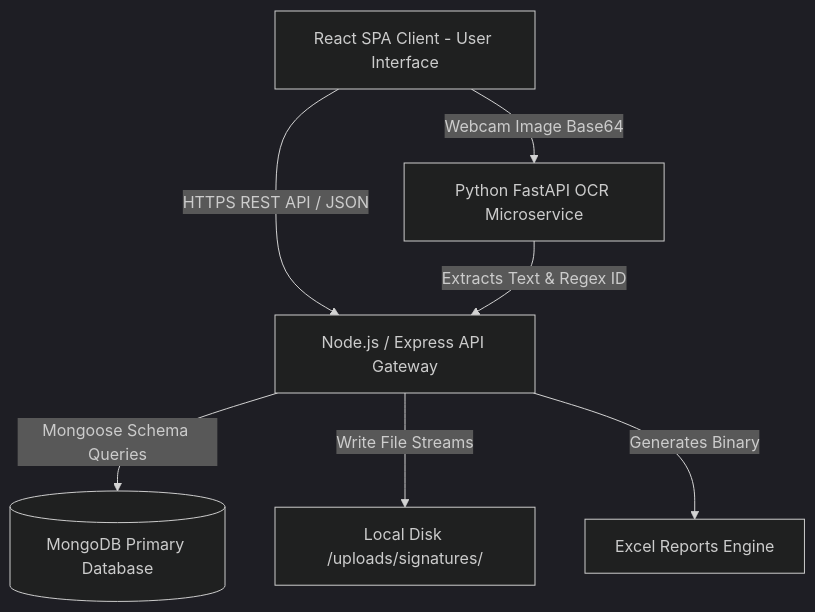
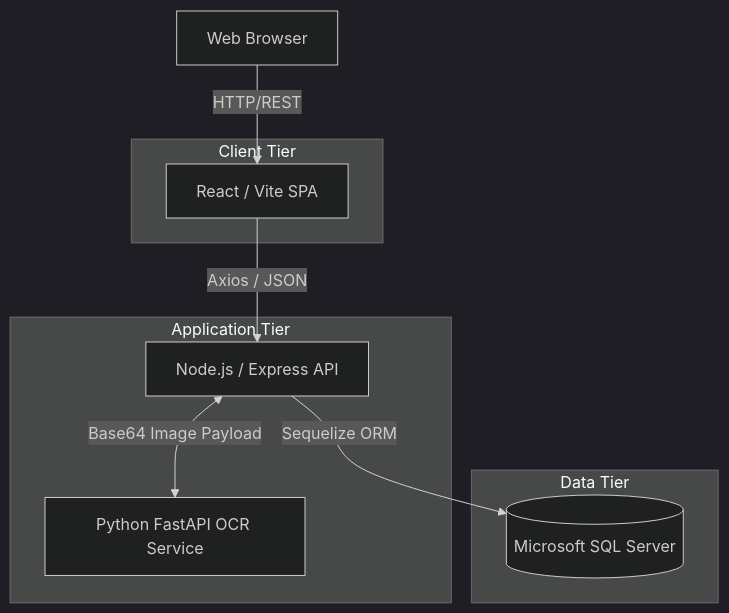
One commit to Keerthana2225/PROVEXA changed the first of 5 diagrams in README.md. Above: the diagram before and after it, drawn with Mermaid (dark theme). The commit also changed other lines of this file and 20 other files, not shown here.

````diff
--- a/README.md
+++ b/README.md
@@ -135,9 +72,20 @@
 ```mermaid
 graph TD
-    A[React SPA Client - User Interface] -->|HTTPS REST API / JSON| B[Node.js / Express API Gateway]
-    A -->|Webcam Image Base64| C[Python FastAPI OCR Microservice]
-    C -->|Extracts Text & Regex ID| B
-    B -->|Mongoose Schema Queries| D[(MongoDB Primary Database)]
-    B -->|Write File Streams| E[Local Disk /uploads/signatures/]
-    B -->|Generates Binary| F[Excel Reports Engine]
+    Client[Web Browser] -->|HTTP/REST| Frontend[React / Vite SPA]
+    Frontend -->|Axios / JSON| API[Node.js / Express API]
+    API -->|Sequelize ORM| DB[(Microsoft SQL Server)]
+    API <-->|Base64 Image Payload| OCR[Python FastAPI OCR Service]
+    
+    subgraph Client Tier
+    Frontend
+    end
+    
+    subgraph Application Tier
+    API
+    OCR
+    end
+    
+    subgraph Data Tier
+    DB
+    end
 ```
````
